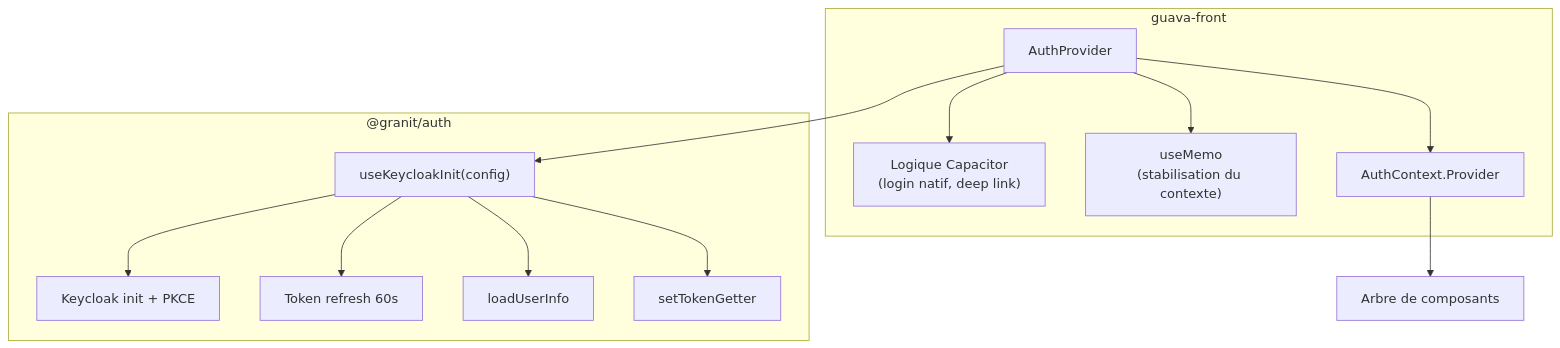
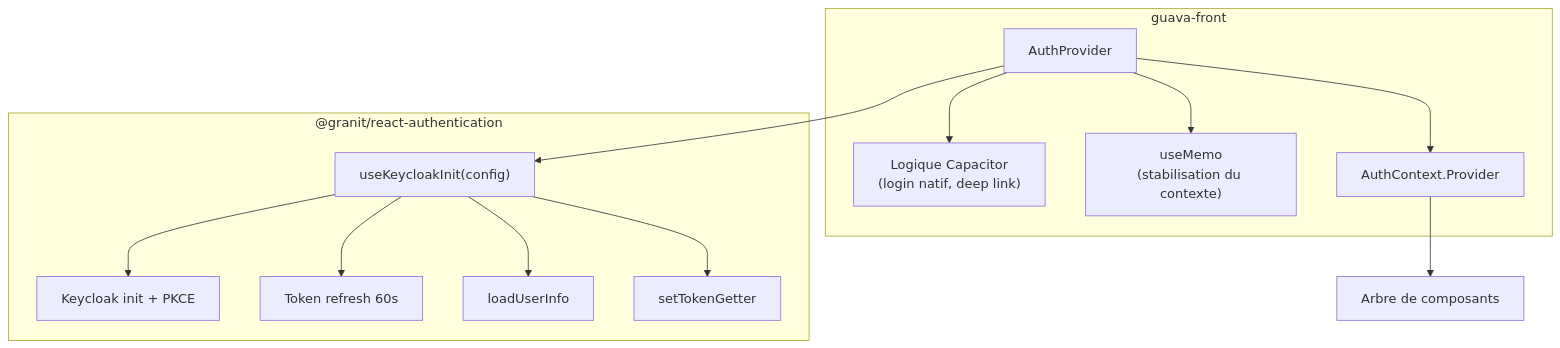
Before and after one commit to enraiz/granit-front: the diagram in docs/patterns/react/hook-composition.md, drawn with Mermaid. The commit also changed other lines of this file and 17 other files, not shown here.

First line of the commit message:
docs(auth-split): remplacer les références @granit/auth par les nouveaux packages

````diff
--- a/docs/patterns/react/hook-composition.md
+++ b/docs/patterns/react/hook-composition.md
@@ -12,20 +12,20 @@
 ```mermaid
 flowchart TB
-    subgraph Framework ["@granit/auth"]
+    subgraph Framework ["@granit/react-authentication"]
         HOOK["useKeycloakInit(config)"]
         HOOK --> KC[Keycloak init + PKCE]
         HOOK --> TOKEN[Token refresh 60s]
         HOOK --> USER[loadUserInfo]
         HOOK --> WIRE[setTokenGetter]
     end
 
     subgraph Application ["guava-front"]
         PROVIDER["AuthProvider"]
         PROVIDER --> HOOK
         PROVIDER --> NATIVE["Logique Capacitor<br/>(login natif, deep link)"]
         PROVIDER --> MEMO["useMemo<br/>(stabilisation du contexte)"]
         PROVIDER --> CTX["AuthContext.Provider"]
     end
 
     CTX --> TREE["Arbre de composants"]
 ```
````
